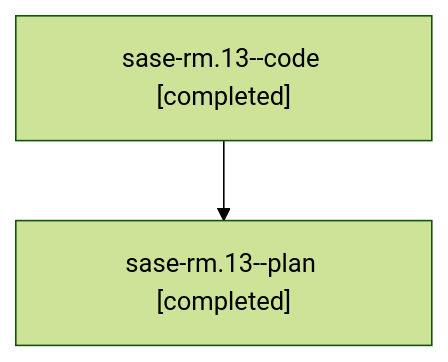
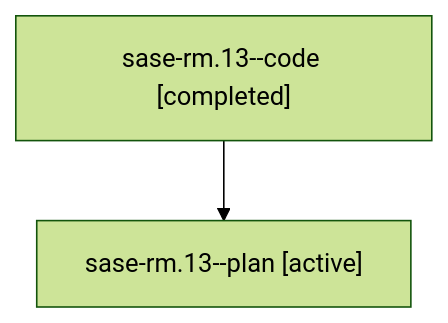
Before and after one commit to sase-org/sase--agents: the diagram in families/bbugyi200.athena.sase-rm.13.md, drawn with Mermaid (forest theme). The commit also changed other lines of this file and 35830 other files, not shown here.

````diff
--- a/families/bbugyi200.athena.sase-rm.13.md
+++ b/families/bbugyi200.athena.sase-rm.13.md
@@ -9,6 +9,6 @@
 ```mermaid
 flowchart TD
   n0["sase-rm.13--code [completed]"]
-  n1["sase-rm.13--plan [completed]"]
+  n1["sase-rm.13--plan [active]"]
   n0 --> n1
 ```
````
